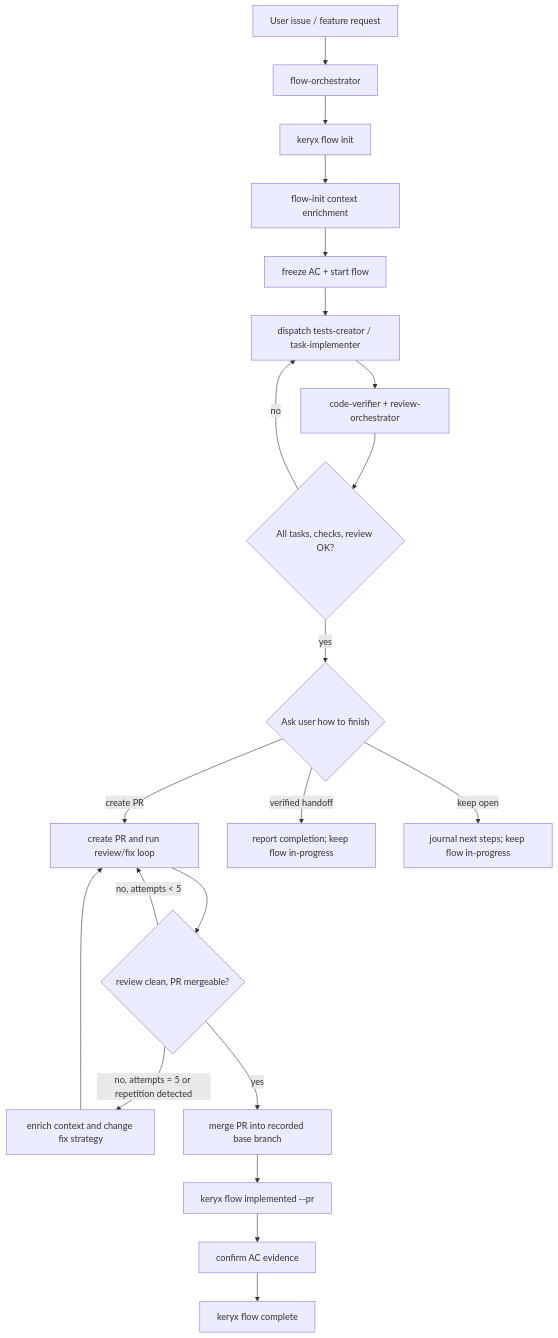
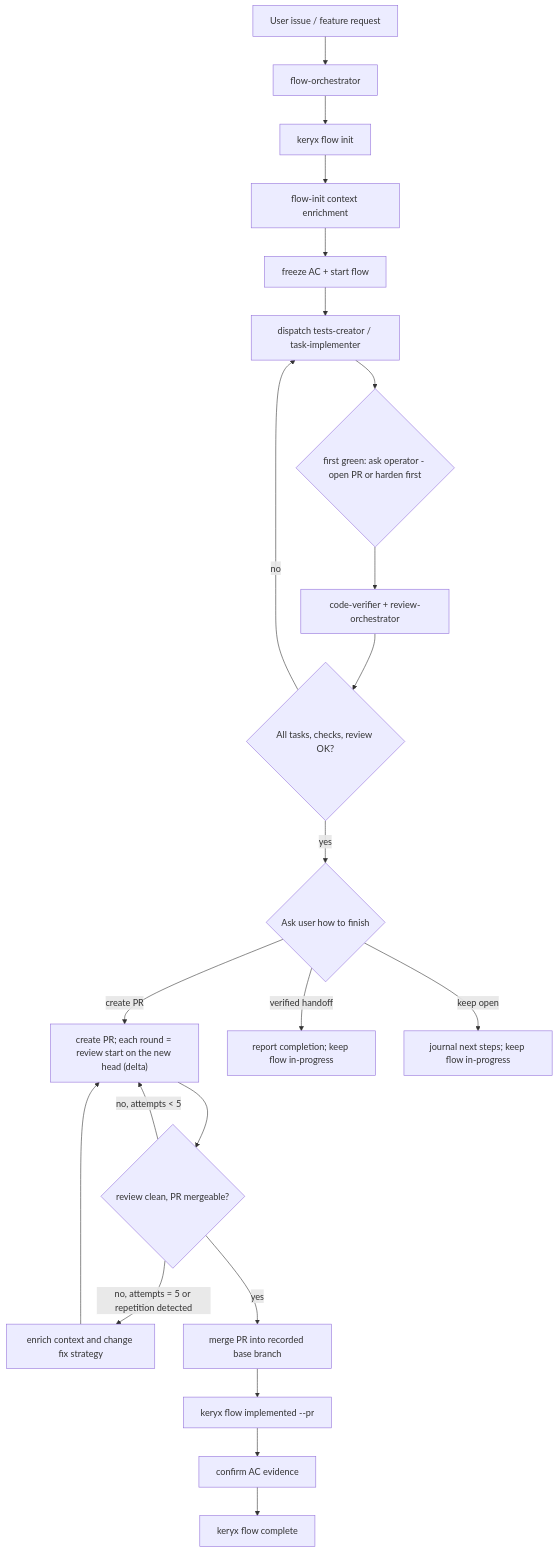
Before and after one commit to MrCipherSmith/keryx: the diagram in .metaproject/skills/gdskills/orchestration/flow-orchestrator/SKILL.md, drawn with Mermaid. The commit also changed other lines of this file and 13 other files, not shown here.

First line of the commit message:
feat(skills): flow-orchestrator state matrix, first-green gate, delta review rounds

````diff
--- a/.metaproject/skills/gdskills/orchestration/flow-orchestrator/SKILL.md
+++ b/.metaproject/skills/gdskills/orchestration/flow-orchestrator/SKILL.md
@@ -73,23 +73,24 @@
 ```mermaid
 flowchart TD
   A["User issue / feature request"] --> B["flow-orchestrator"]
   B --> C["keryx flow init"]
   C --> D["flow-init context enrichment"]
   D --> E["freeze AC + start flow"]
   E --> F["dispatch tests-creator / task-implementer"]
-  F --> G["code-verifier + review-orchestrator"]
+  F --> FG{"first green: ask operator - open PR or harden first"}
+  FG --> G["code-verifier + review-orchestrator"]
   G --> H{"All tasks, checks, review OK?"}
   H -- "no" --> F
   H -- "yes" --> I{"Ask user how to finish"}
-  I -- "create PR" --> J["create PR and run review/fix loop"]
+  I -- "create PR" --> J["create PR; each round = review start on the new head (delta)"]
   J --> K{"review clean, PR mergeable?"}
   K -- "no, attempts < 5" --> J
   K -- "no, attempts = 5 or repetition detected" --> R["enrich context and change fix strategy"]
   R --> J
   K -- "yes" --> L["merge PR into recorded base branch"]
   L --> M["keryx flow implemented --pr"]
   M --> N["confirm AC evidence"]
   N --> O["keryx flow complete"]
   I -- "verified handoff" --> P["report completion; keep flow in-progress"]
   I -- "keep open" --> Q["journal next steps; keep flow in-progress"]
 ```
````
